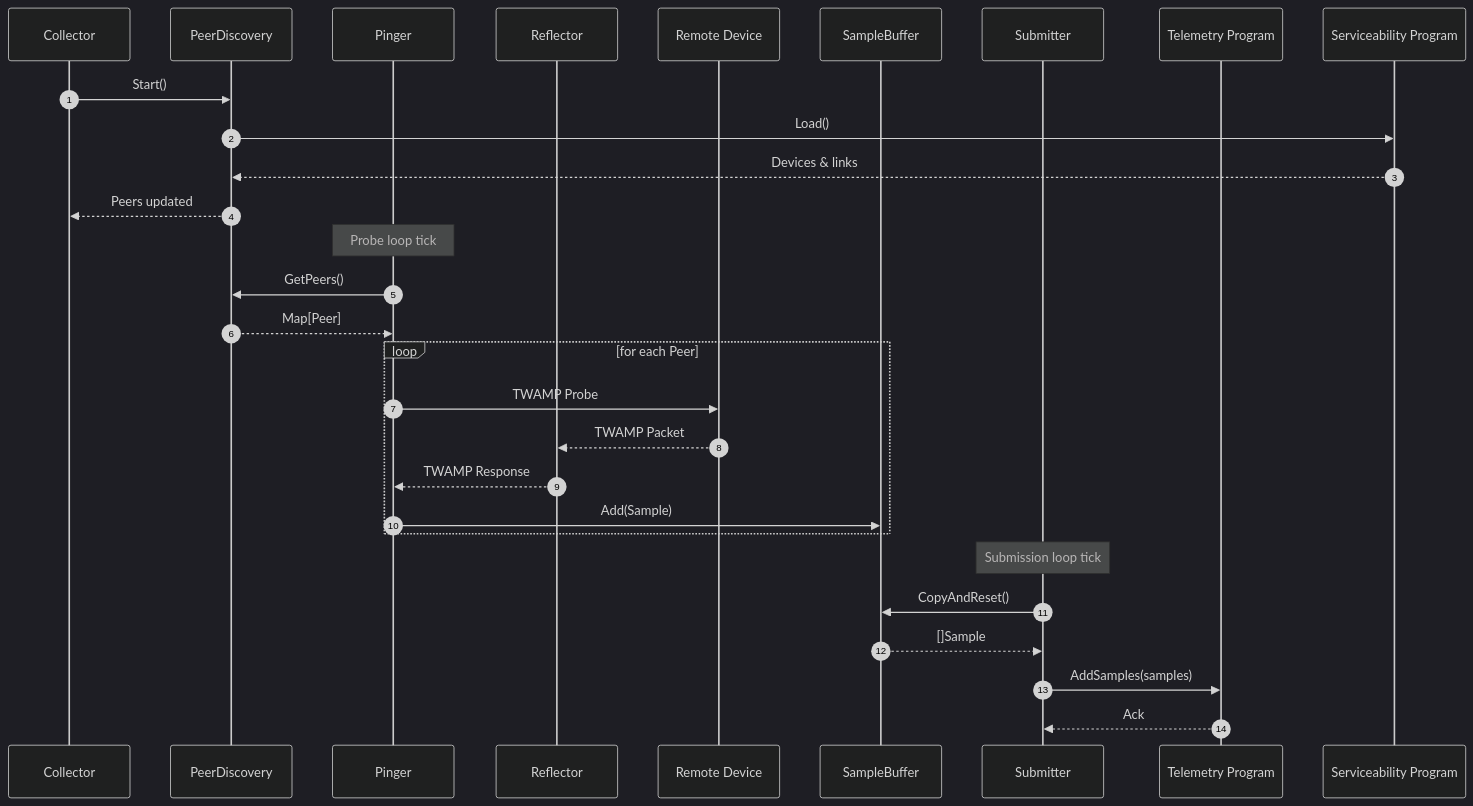
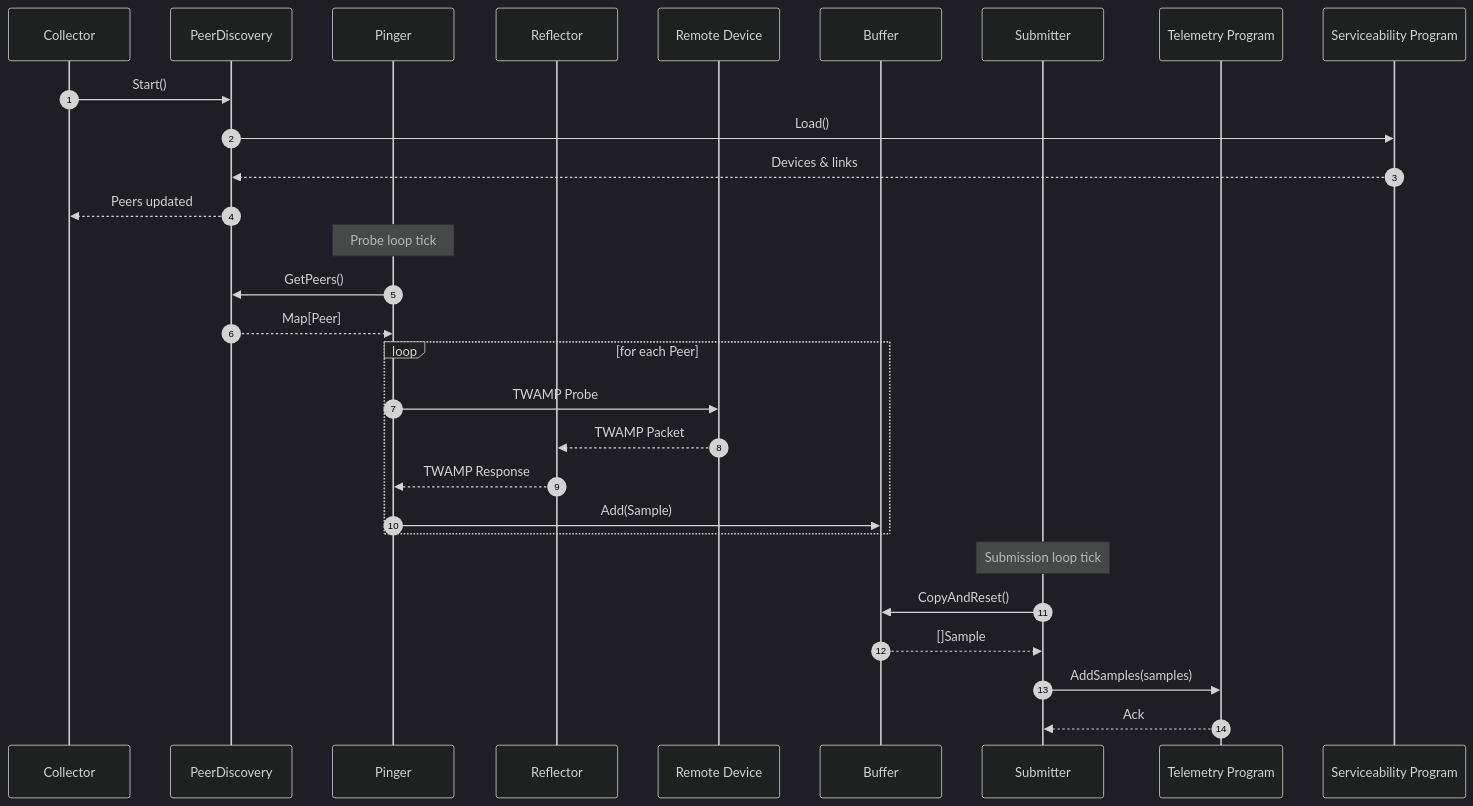
The second of 2 diagrams in controlplane/telemetry/README.md (malbeclabs/doublezero), drawn with Mermaid (dark theme) before and after one commit. The commit also changed other lines of this file and 22 other files, not shown here.

````diff
--- a/controlplane/telemetry/README.md
+++ b/controlplane/telemetry/README.md
@@ -46,35 +46,35 @@
 ```mermaid
 sequenceDiagram
   autonumber
   participant Collector
   participant PeerDiscovery
   participant Pinger
   participant Reflector
   participant RemoteDevice as Remote Device
-  participant Buffer as SampleBuffer
+  participant Buffer
   participant Submitter
   participant TelemetryProgram as Telemetry Program
 
   Collector->>PeerDiscovery: Start()
   PeerDiscovery->>Serviceability Program: Load()
   Serviceability Program-->>PeerDiscovery: Devices & links
   PeerDiscovery-->>Collector: Peers updated
 
   Note over Pinger: Probe loop tick
 
   Pinger->>PeerDiscovery: GetPeers()
   PeerDiscovery-->>Pinger: Map[Peer]
   loop for each Peer
     Pinger->>RemoteDevice: TWAMP Probe
     RemoteDevice-->>Reflector: TWAMP Packet
     Reflector-->>Pinger: TWAMP Response
     Pinger->>Buffer: Add(Sample)
   end
 
   Note over Submitter: Submission loop tick
 
   Submitter->>Buffer: CopyAndReset()
   Buffer-->>Submitter: []Sample
   Submitter->>TelemetryProgram: AddSamples(samples)
   TelemetryProgram-->>Submitter: Ack
 ```
````
